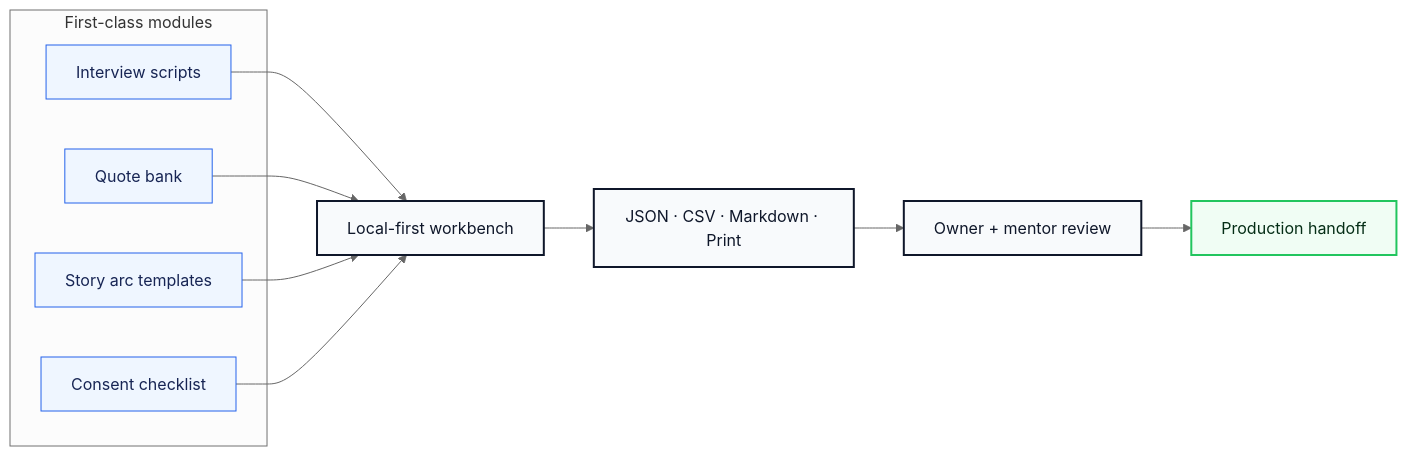
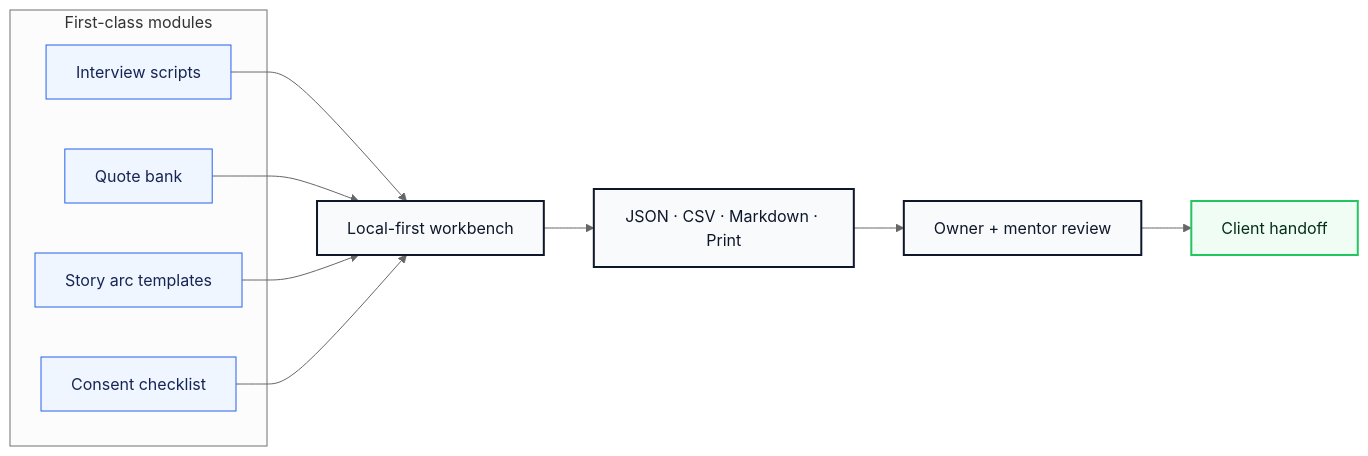
The second of 3 diagrams in README.md (volta-npo/founder-story-interviewer), drawn with Mermaid (neutral theme) before and after one commit. The commit also changed other lines of this file and 28 other files, not shown here.

````diff
--- a/README.md
+++ b/README.md
@@ -64,23 +64,23 @@
 ```mermaid
 flowchart LR
     subgraph Modules["First-class modules"]
         M1["Interview scripts"]
         M2["Quote bank"]
         M3["Story arc templates"]
         M4["Consent checklist"]
     end
     M1 --> Workbench
     M2 --> Workbench
     M3 --> Workbench
     M4 --> Workbench
     Workbench["Local-first workbench"] --> Exports["JSON · CSV · Markdown · Print"]
     Exports --> Review["Owner + mentor review"]
-    Review --> Launch["Production handoff"]
+    Review --> Launch["Client handoff"]
 
     classDef module fill:#eff6ff,stroke:#2563eb,color:#172554;
     classDef app fill:#f8fafc,stroke:#0f172a,color:#0f172a,stroke-width:2px;
     classDef launch fill:#f0fdf4,stroke:#22c55e,color:#052e16,stroke-width:2px;
     class M1,M2,M3,M4 module;
     class Workbench,Exports,Review app;
     class Launch launch;
 ```
````
